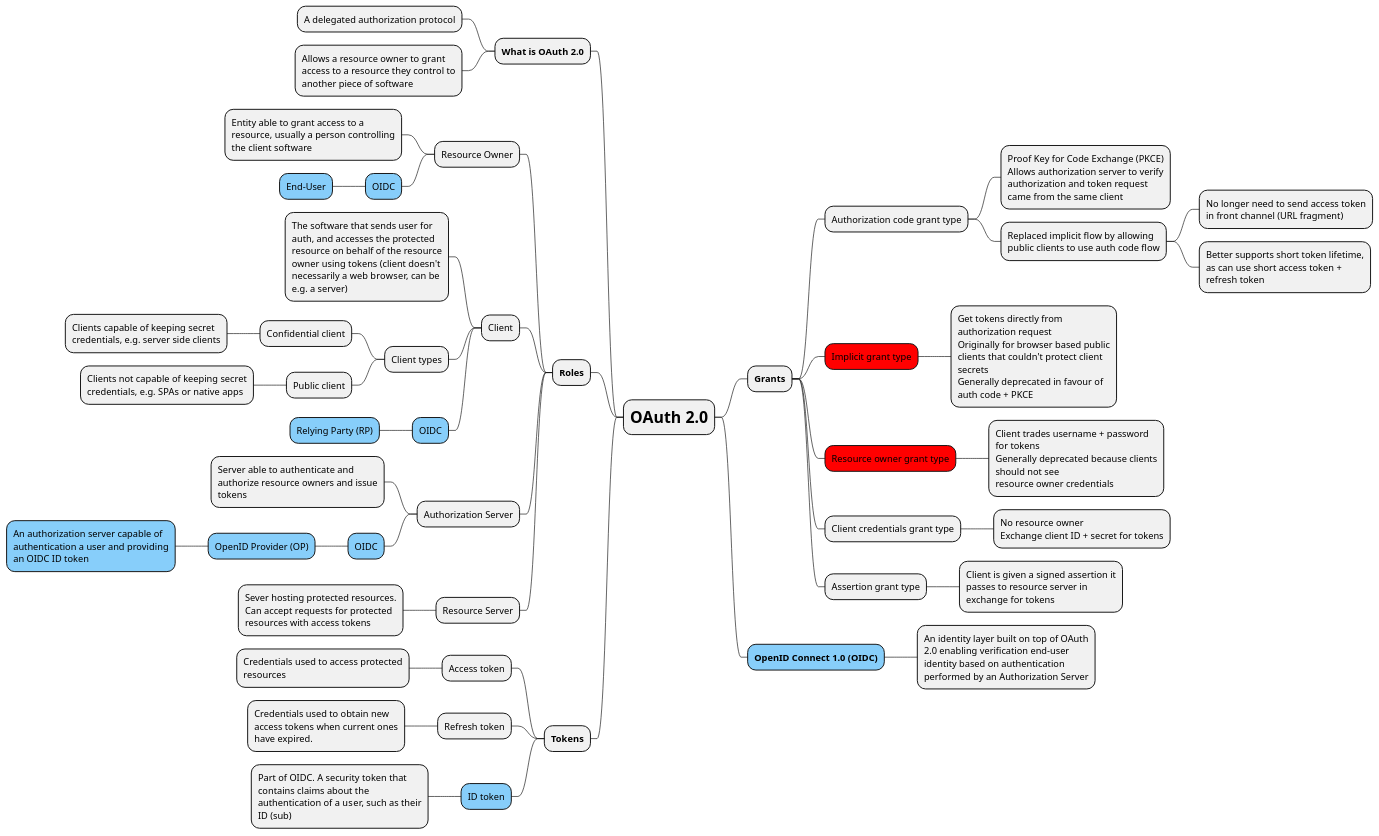
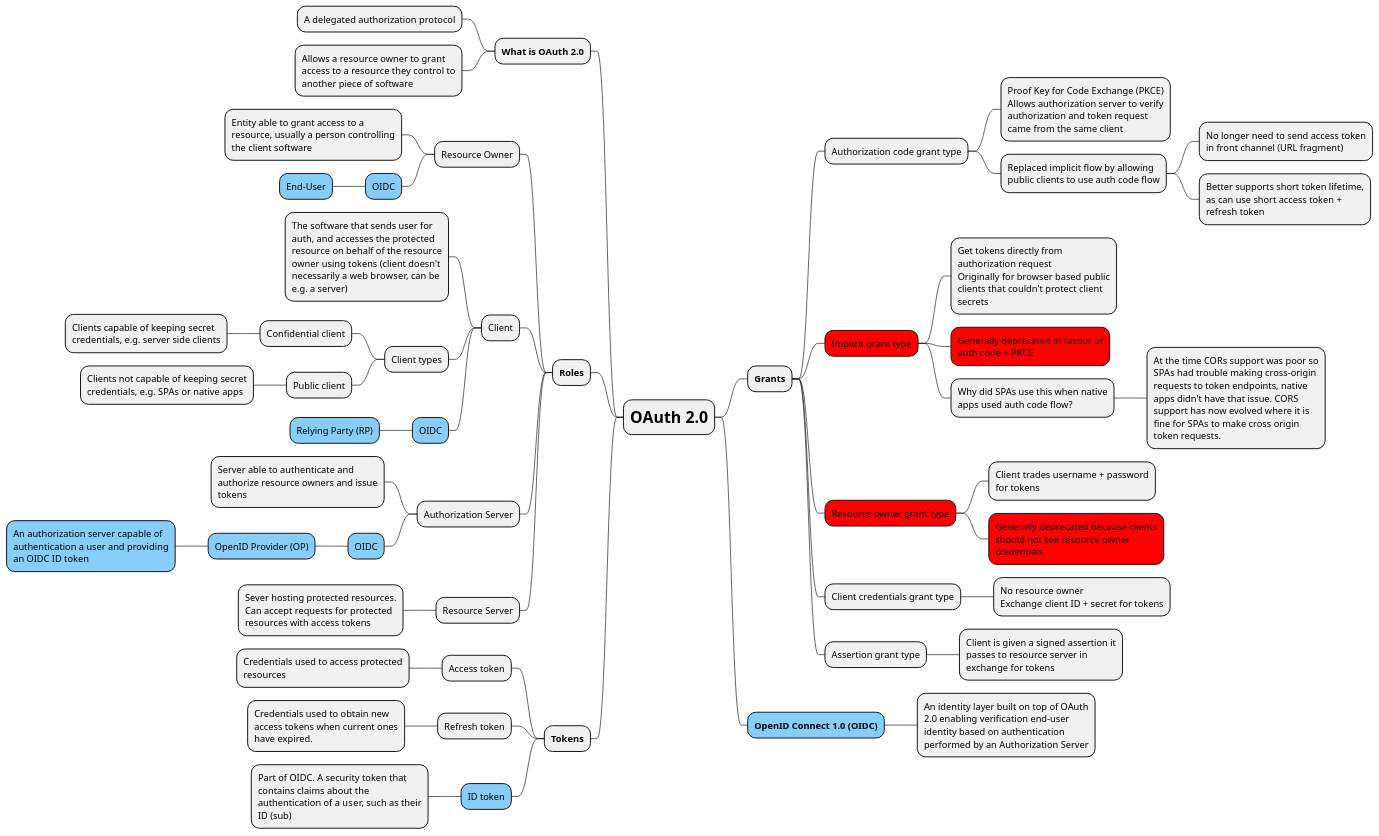
The diagram in oauth/oauth.puml (hwride/auth), drawn with PlantUML before and after one commit.

Commit message:
Add more notes on implicit grant

```diff
--- a/oauth/oauth.puml
+++ b/oauth/oauth.puml
@@ -1,68 +1,70 @@
 @startmindmap
 
 <style>
 node {
     MaximumWidth 250
 }
 </style>
 
 * <size:24><b>OAuth 2.0</b></size>
 ** <b>Grants</b>
 *** Authorization code grant type
 ****:Proof Key for Code Exchange (PKCE)
 Allows authorization server to verify authorization and token request came from the same client;
 **** Replaced implicit flow by allowing public clients to use auth code flow
 ***** No longer need to send access token in front channel (URL fragment)
 ***** Better supports short token lifetime, as can use short access token + refresh token
 ***[#red] Implicit grant type
 ****:Get tokens directly from authorization request
-Originally for browser based public clients that couldn't protect client secrets
-Generally deprecated in favour of auth code + PKCE;
+Originally for browser based public clients that couldn't protect client secrets;
+****[#red] Generally deprecated in favour of auth code + PKCE
+**** Why did SPAs use this when native apps used auth code flow?
+***** At the time CORs support was poor so SPAs had trouble making cross-origin requests to token endpoints, native apps didn't have that issue. CORS support has now evolved where it is fine for SPAs to make cross origin token requests.
+
 ***[#red] Resource owner grant type
-****:Client trades username + password for tokens
-Generally deprecated because clients should not see
-resource owner credentials;
+**** Client trades username + password for tokens
+****[#red] Generally deprecated because clients should not see resource owner credentials
 *** Client credentials grant type
 **** No resource owner\nExchange client ID + secret for tokens
 *** Assertion grant type
 **** Client is given a signed assertion it passes to resource server in exchange for tokens
 
 **[#LightSkyBlue] <b>OpenID Connect 1.0 (OIDC)</b>
 *** An identity layer built on top of OAuth 2.0 enabling verification end-user identity based on authentication performed by an Authorization Server
 
 left side
 
 ** <b>What is OAuth 2.0</b>
 *** A delegated authorization protocol
 *** Allows a resource owner to grant access to a resource they control to another piece of software
 
 ** <b>Roles</b>
 *** Resource Owner
 **** Entity able to grant access to a resource, usually a person controlling the client software
 ****[#LightSkyBlue] OIDC
 *****[#LightSkyBlue] End-User
 *** Client
 **** The software that sends user for auth, and accesses the protected resource on behalf of the resource owner using tokens (client doesn't necessarily a web browser, can be e.g. a server)
 **** Client types
 ***** Confidential client
 ****** Clients capable of keeping secret credentials, e.g. server side clients
 ***** Public client
 ****** Clients not capable of keeping secret credentials, e.g. SPAs or native apps
 ****[#LightSkyBlue] OIDC
 *****[#LightSkyBlue] Relying Party (RP)
 *** Authorization Server
 **** Server able to authenticate and authorize resource owners and issue tokens
 ****[#LightSkyBlue] OIDC
 *****[#LightSkyBlue] OpenID Provider (OP)
 ******[#LightSkyBlue] An authorization server capable of authentication a user and providing an OIDC ID token
 *** Resource Server
 **** Sever hosting protected resources. Can accept requests for protected resources with access tokens
 
 ** <b>Tokens</b>
 *** Access token
 **** Credentials used to access protected resources
 *** Refresh token
 **** Credentials used to obtain new access tokens when current ones have expired.
 ***[#LightSkyBlue] ID token
 **** Part of OIDC. A security token that contains claims about the authentication of a user, such as their ID (sub)
 @endmindmap
```
